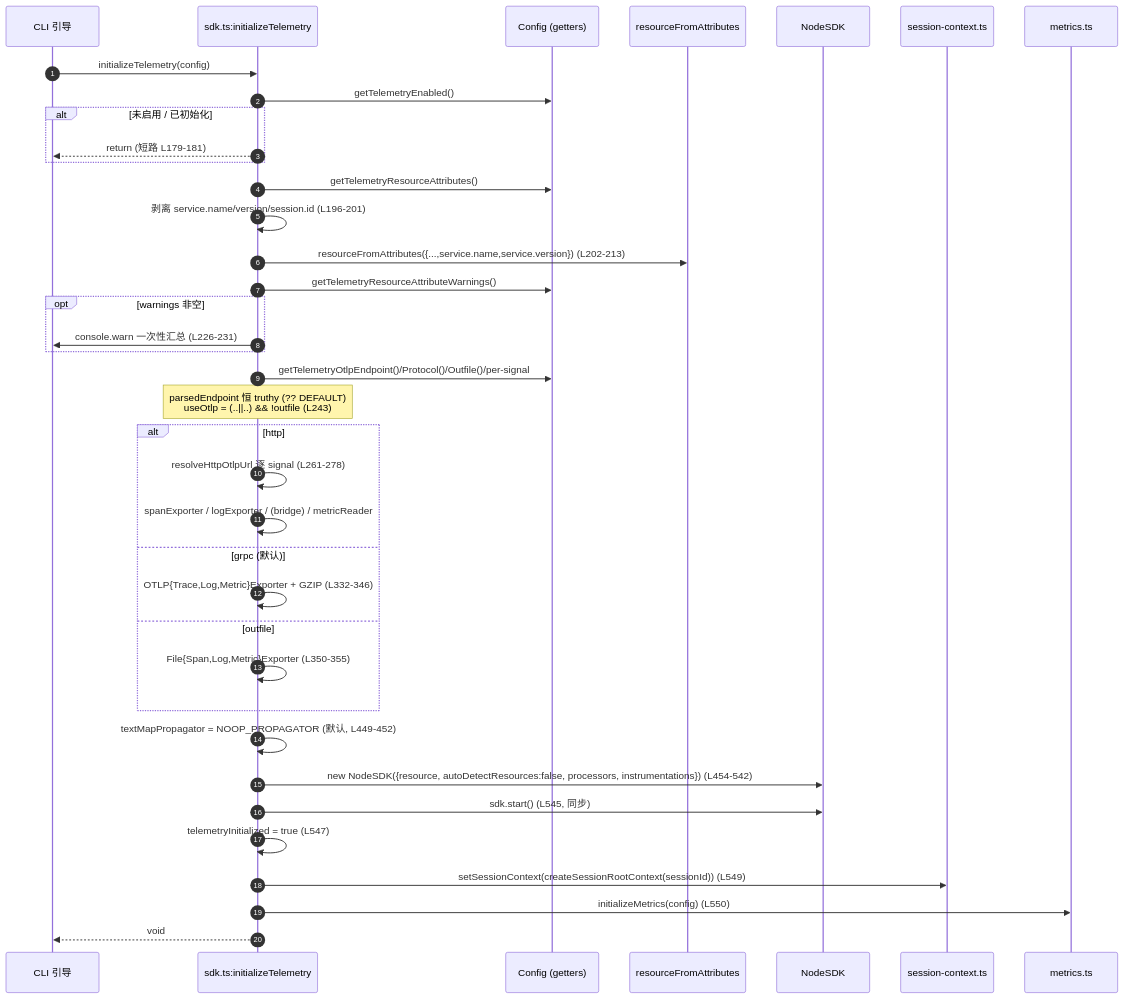
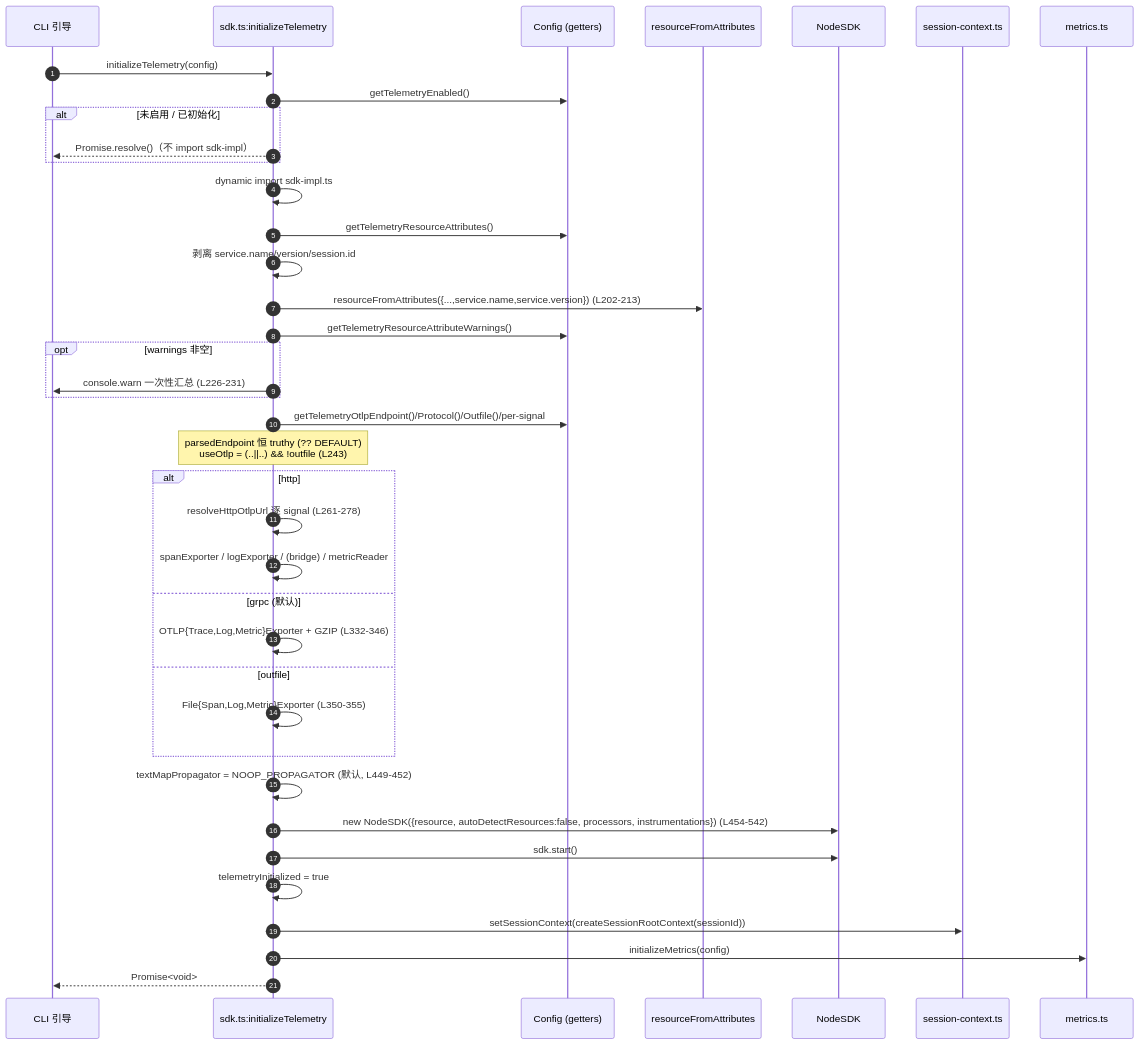
Before and after one commit to doudouOUC/code_agent: the second of 3 diagrams in qwen-code/feature/telemetry-observability/01-sdk-init-and-otlp-routing.md, drawn with Mermaid. The commit also changed other lines of this file and 20 other files, not shown here.

````diff
--- a/qwen-code/feature/telemetry-observability/01-sdk-init-and-otlp-routing.md
+++ b/qwen-code/feature/telemetry-observability/01-sdk-init-and-otlp-routing.md
@@ -390,41 +410,42 @@
 ```mermaid
 sequenceDiagram
     autonumber
     participant Caller as CLI 引导
     participant SDK as sdk.ts:initializeTelemetry
     participant Cfg as Config (getters)
     participant Res as resourceFromAttributes
     participant Node as NodeSDK
     participant SCtx as session-context.ts
     participant Met as metrics.ts
 
     Caller->>SDK: initializeTelemetry(config)
     SDK->>Cfg: getTelemetryEnabled()
     alt 未启用 / 已初始化
-        SDK-->>Caller: return (短路 L179-181)
+        SDK-->>Caller: Promise.resolve()（不 import sdk-impl）
     end
+    SDK->>SDK: dynamic import sdk-impl.ts
     SDK->>Cfg: getTelemetryResourceAttributes()
-    SDK->>SDK: 剥离 service.name/version/session.id (L196-201)
+    SDK->>SDK: 剥离 service.name/version/session.id
     SDK->>Res: resourceFromAttributes({...,service.name,service.version}) (L202-213)
     SDK->>Cfg: getTelemetryResourceAttributeWarnings()
     opt warnings 非空
         SDK->>Caller: console.warn 一次性汇总 (L226-231)
     end
     SDK->>Cfg: getTelemetryOtlpEndpoint()/Protocol()/Outfile()/per-signal
     Note over SDK: parsedEndpoint 恒 truthy (?? DEFAULT)<br/>useOtlp = (..||..) && !outfile (L243)
     alt http
         SDK->>SDK: resolveHttpOtlpUrl 逐 signal (L261-278)
         SDK->>SDK: spanExporter / logExporter / (bridge) / metricReader
     else grpc (默认)
         SDK->>SDK: OTLP{Trace,Log,Metric}Exporter + GZIP (L332-346)
     else outfile
         SDK->>SDK: File{Span,Log,Metric}Exporter (L350-355)
     end
     SDK->>SDK: textMapPropagator = NOOP_PROPAGATOR (默认, L449-452)
     SDK->>Node: new NodeSDK({resource, autoDetectResources:false, processors, instrumentations}) (L454-542)
-    SDK->>Node: sdk.start() (L545, 同步)
-    SDK->>SDK: telemetryInitialized = true (L547)
-    SDK->>SCtx: setSessionContext(createSessionRootContext(sessionId)) (L549)
-    SDK->>Met: initializeMetrics(config) (L550)
-    SDK-->>Caller: void
+    SDK->>Node: sdk.start()
+    SDK->>SDK: telemetryInitialized = true
+    SDK->>SCtx: setSessionContext(createSessionRootContext(sessionId))
+    SDK->>Met: initializeMetrics(config)
+    SDK-->>Caller: Promise<void>
 ```
````
